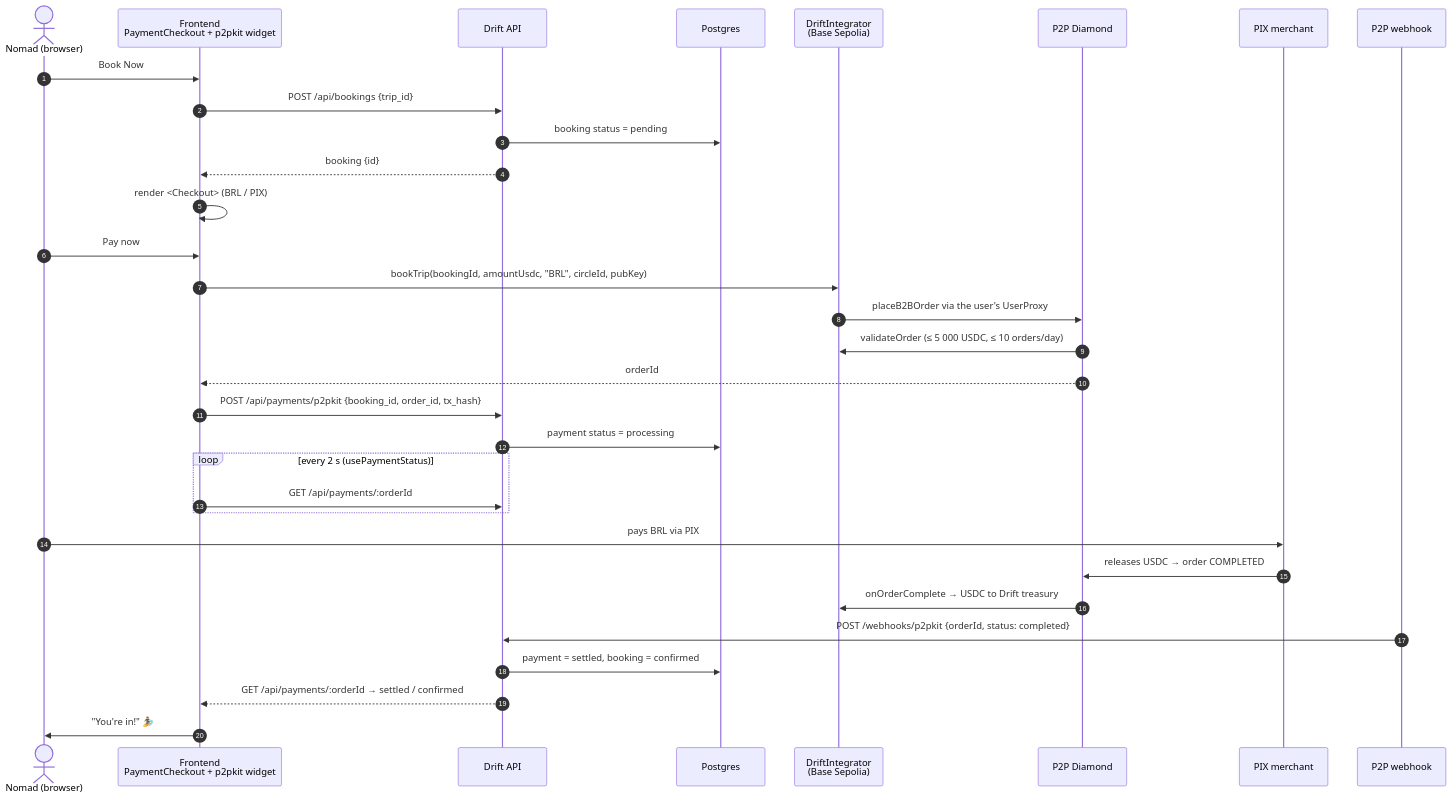
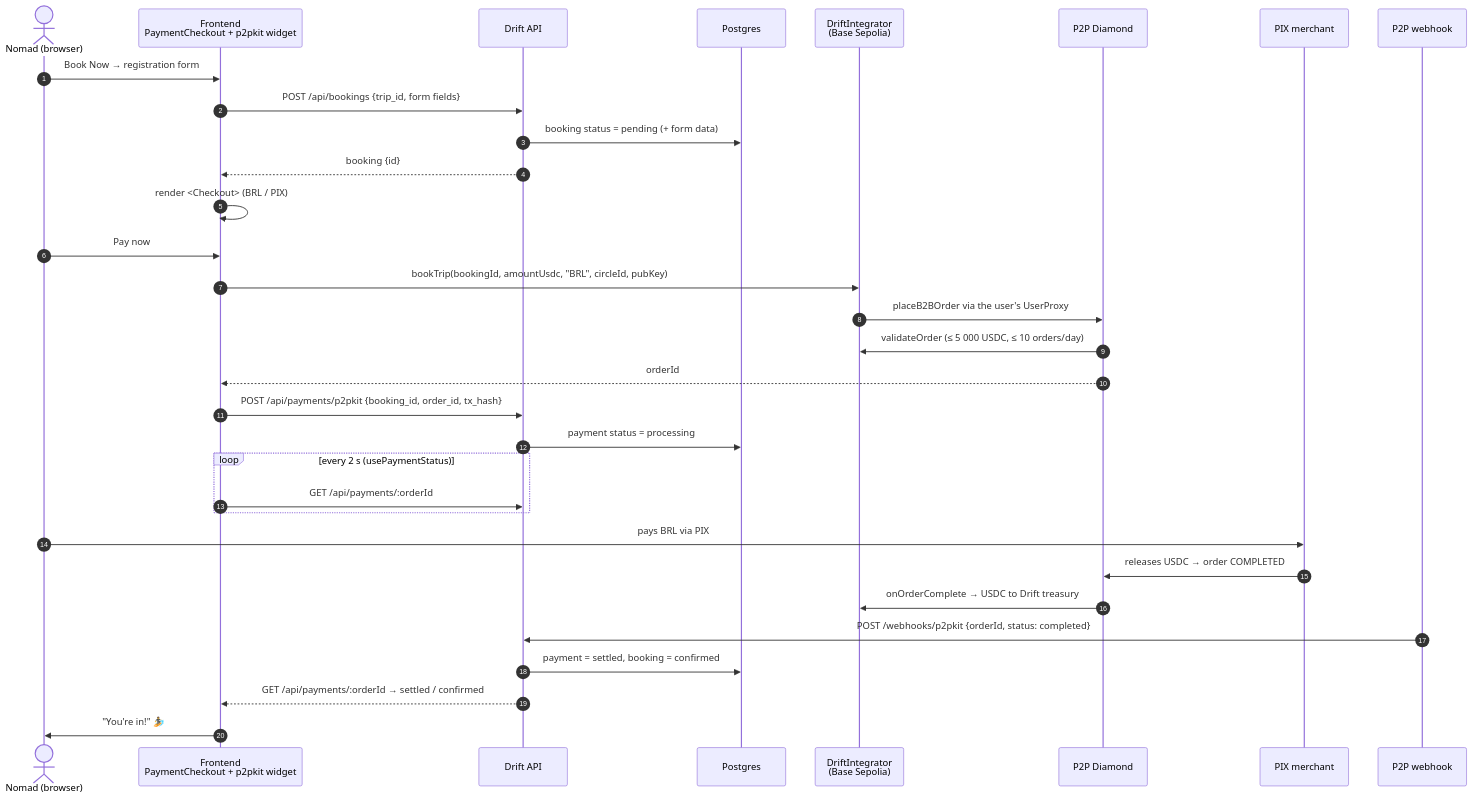
One commit to barolivera/drift changed the diagram in README.md. Above: the diagram before and after it, drawn with Mermaid. The commit also changed other lines of this file and 6 other files, not shown here.

First line of the commit message:
Booking registration form

````diff
--- a/README.md
+++ b/README.md
@@ -24,35 +24,35 @@
 ```mermaid
 sequenceDiagram
     autonumber
     actor U as Nomad (browser)
     participant FE as Frontend<br/>PaymentCheckout + p2pkit widget
     participant API as Drift API
     participant DB as Postgres
     participant IC as DriftIntegrator<br/>(Base Sepolia)
     participant DM as P2P Diamond
     participant M as PIX merchant
     participant WH as P2P webhook
 
-    U->>FE: Book Now
-    FE->>API: POST /api/bookings {trip_id}
-    API->>DB: booking status = pending
+    U->>FE: Book Now → registration form
+    FE->>API: POST /api/bookings {trip_id, form fields}
+    API->>DB: booking status = pending (+ form data)
     API-->>FE: booking {id}
     FE->>FE: render <Checkout> (BRL / PIX)
     U->>FE: Pay now
     FE->>IC: bookTrip(bookingId, amountUsdc, "BRL", circleId, pubKey)
     IC->>DM: placeB2BOrder via the user's UserProxy
     DM->>IC: validateOrder (≤ 5 000 USDC, ≤ 10 orders/day)
     DM-->>FE: orderId
     FE->>API: POST /api/payments/p2pkit {booking_id, order_id, tx_hash}
     API->>DB: payment status = processing
     loop every 2 s (usePaymentStatus)
         FE->>API: GET /api/payments/:orderId
     end
     U->>M: pays BRL via PIX
     M->>DM: releases USDC → order COMPLETED
     DM->>IC: onOrderComplete → USDC to Drift treasury
     WH->>API: POST /webhooks/p2pkit {orderId, status: completed}
     API->>DB: payment = settled, booking = confirmed
     API-->>FE: GET /api/payments/:orderId → settled / confirmed
     FE->>U: "You're in!" 🏄
 ```
````
